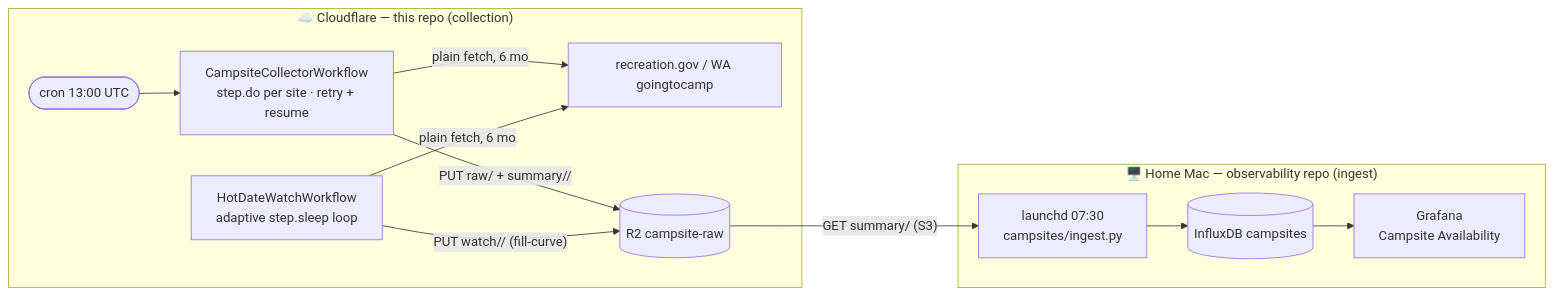
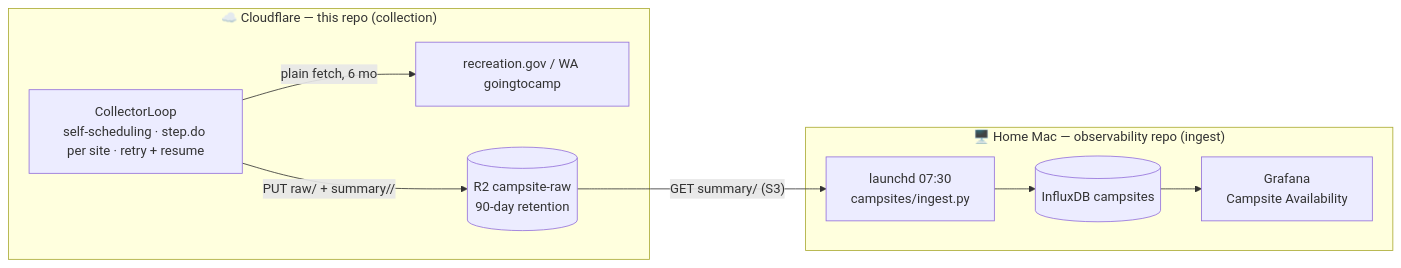
Before and after one commit to robogeosociety/robot-geographical-society: the first of 2 diagrams in backend/README.md, drawn with Mermaid. The commit also changed other lines of this file and 37 other files, not shown here.

````diff
--- a/backend/README.md
+++ b/backend/README.md
@@ -22,14 +24,12 @@
 ```mermaid
 flowchart LR
   subgraph CF["☁️ Cloudflare — this repo (collection)"]
-    cron([cron 13:00 UTC]) --> wf["CampsiteCollectorWorkflow<br/>step.do per site · retry + resume"]
-    watch["HotDateWatchWorkflow<br/>adaptive step.sleep loop"]
-    wf & watch -->|plain fetch, 6 mo| src[recreation.gov / WA goingtocamp]
-    wf -->|"PUT raw/ + summary/<date>/<id>"| r2[("R2 campsite-raw")]
-    watch -->|"PUT watch/<id>/<targetDate> (fill-curve)"| r2
+    wf["CollectorLoop<br/>self-scheduling · step.do per site · retry + resume"]
+    wf -->|plain fetch, 6 mo| src[recreation.gov / WA goingtocamp]
+    wf -->|"PUT raw/ + summary/<date>/<id>"| r2[("R2 campsite-raw<br/>90-day retention")]
   end
   subgraph MAC["🖥️ Home Mac — observability repo (ingest)"]
     ingest["launchd 07:30<br/>campsites/ingest.py"] --> influx[("InfluxDB campsites")] --> graf["Grafana<br/>Campsite Availability"]
   end
   r2 -->|"GET summary/ (S3)"| ingest
 ```
````
